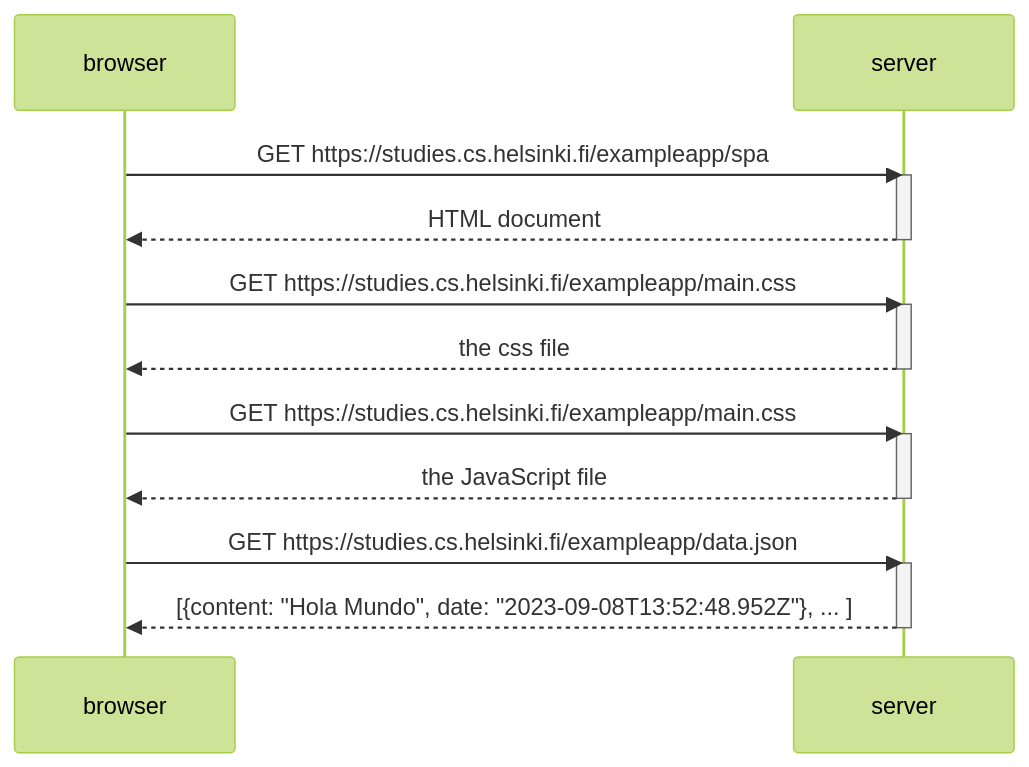
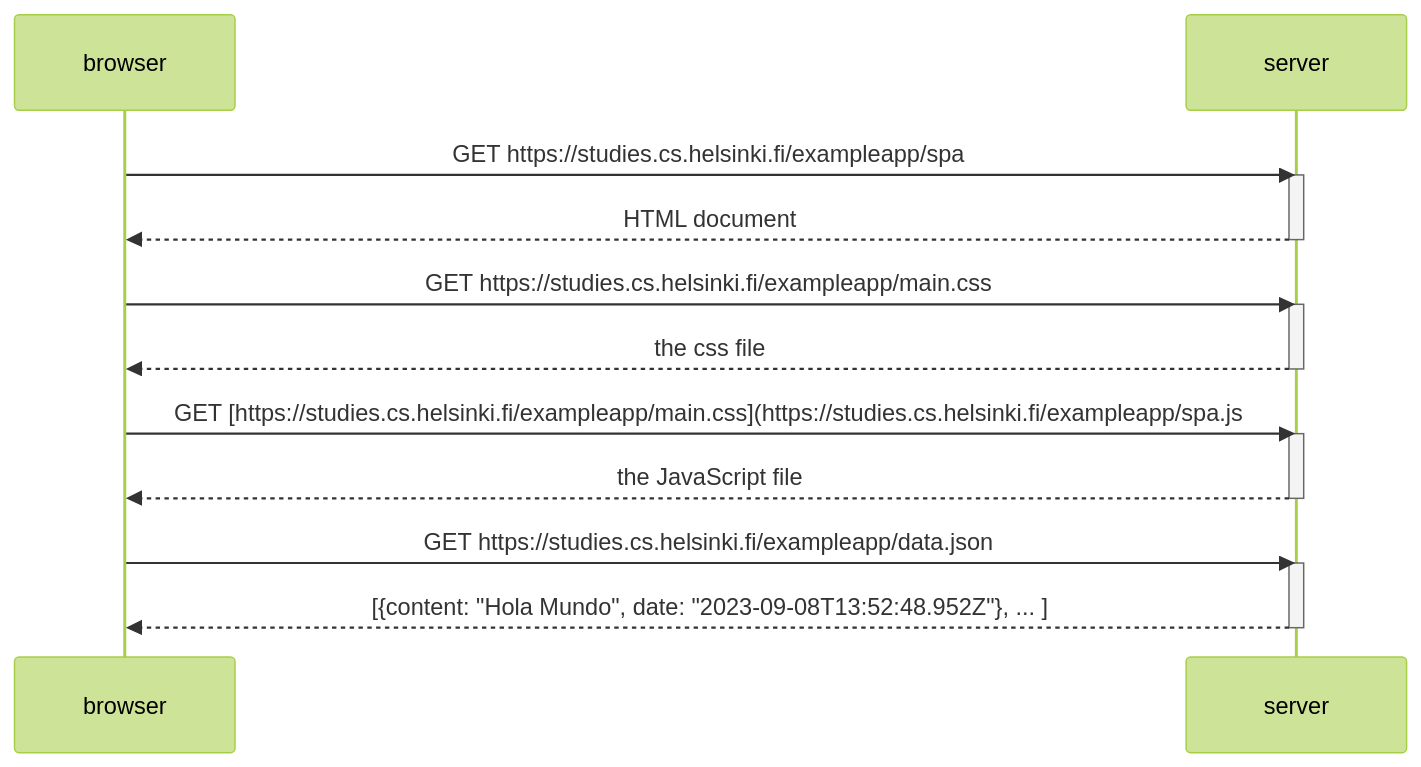
The diagram in 0.5.md (patrickrooney09/fsoex0.1-0.6), drawn with Mermaid (forest theme) before and after one commit.

````diff
--- a/0.5.md
+++ b/0.5.md
@@ -1,30 +1,31 @@
 ```mermaid
 sequenceDiagram
     participant browser
     participant server
 
     browser->>server: GET https://studies.cs.helsinki.fi/exampleapp/spa
 
     activate server
     server-->>browser: HTML document
     deactivate server
 
     browser->>server: GET https://studies.cs.helsinki.fi/exampleapp/main.css
 
     activate server
     server-->>browser: the css file
     deactivate server
 
-    browser->>server: GET https://studies.cs.helsinki.fi/exampleapp/main.css
+    browser->>server: GET [https://studies.cs.helsinki.fi/exampleapp/main.css](https://studies.cs.helsinki.fi/exampleapp/spa.js
+)
 
     activate server
     server-->>browser: the JavaScript file
     deactivate server
 
     
 
     browser->>server: GET https://studies.cs.helsinki.fi/exampleapp/data.json
     activate server
     server-->>browser: [{content: "Hola Mundo", date: "2023-09-08T13:52:48.952Z"}, ... ]
     deactivate server
 ```
````
